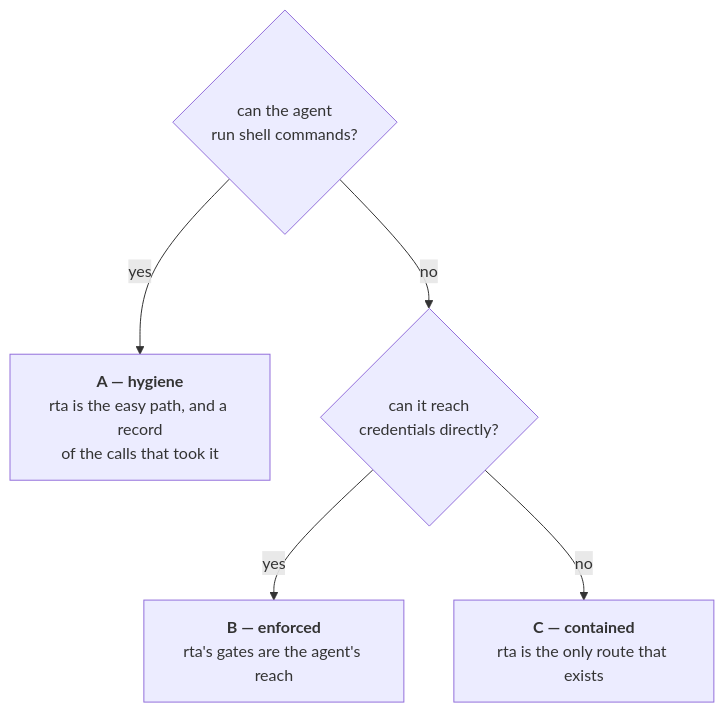
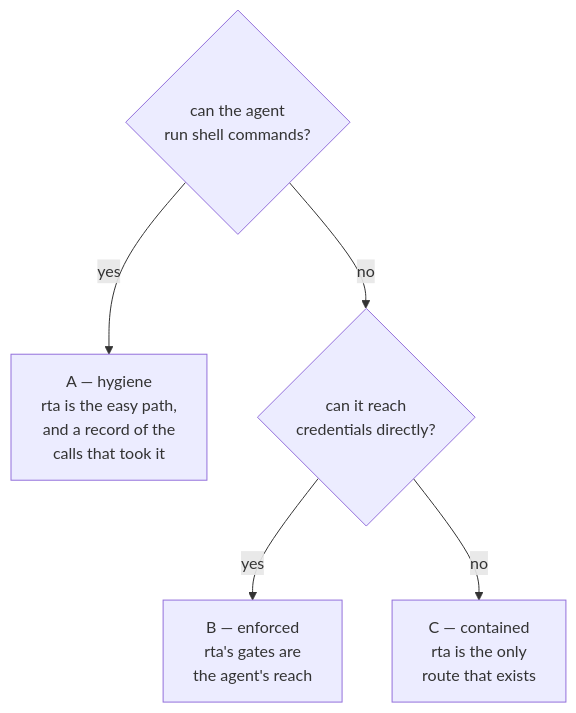
Before and after one commit to this-is-tobi/rta: the diagram in docs/19-the-boundary.md, drawn with Mermaid.

Commit message:
fix(docs): stop the boundary diagram clipping its own node text
The three-worlds flowchart rendered with every box cut off about a line
short, so "a record of the calls that took it" and "rta's gates are the
agent's reach" both ended mid-sentence.

The cause was <b> inside the node labels. It is the only diagram in docs/
that uses one, and the only one that clips — the other two use plain text
with <br/> and render correctly — so the tags are gone and the first line
of each box carries its name unadorned. Verified by rendering the diagram
rather than by reasoning about it.

````diff
--- a/docs/19-the-boundary.md
+++ b/docs/19-the-boundary.md
@@ -48,8 +48,8 @@
 ```mermaid
 flowchart TD
     Q{"can the agent<br/>run shell commands?"}
-    Q -->|yes| A["<b>A — hygiene</b><br/>rta is the easy path, and a record<br/>of the calls that took it"]
+    Q -->|yes| A["A — hygiene<br/>rta is the easy path,<br/>and a record of the<br/>calls that took it"]
     Q -->|no| Q2{"can it reach<br/>credentials directly?"}
-    Q2 -->|yes| B["<b>B — enforced</b><br/>rta's gates are the agent's reach"]
-    Q2 -->|no| C["<b>C — contained</b><br/>rta is the only route that exists"]
+    Q2 -->|yes| B["B — enforced<br/>rta's gates are<br/>the agent's reach"]
+    Q2 -->|no| C["C — contained<br/>rta is the only<br/>route that exists"]
 ```
````
